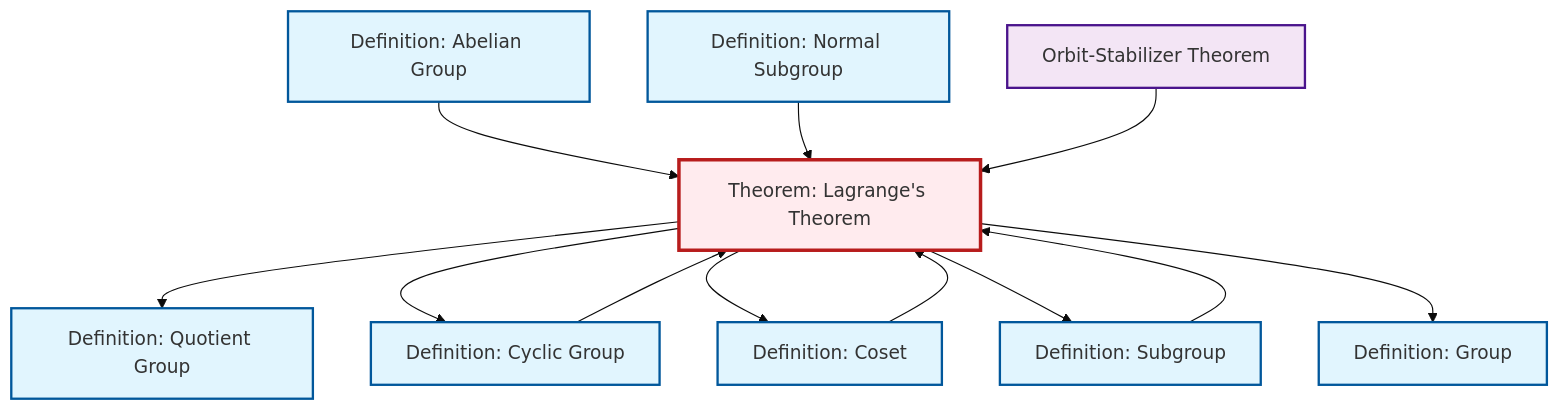
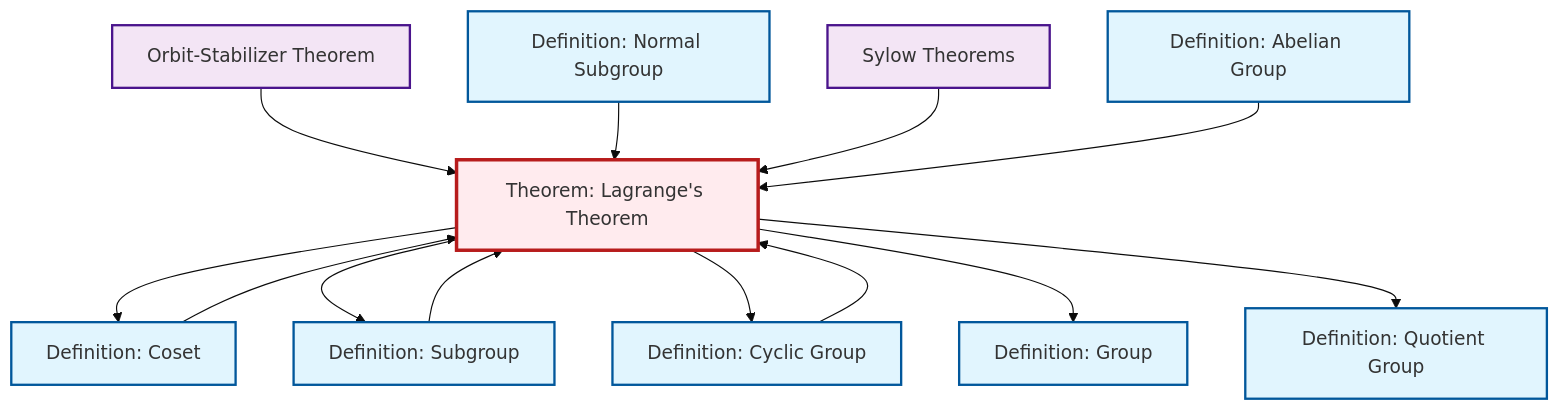
One commit to RK0429/ModernMath changed the diagram in content/ja/algebra/thm-lagrange.qmd. Above: the diagram before and after it, drawn with Mermaid (base theme). The commit also changed other lines of this file and 531 other files, not shown here.

First line of the commit message:
feat: Add Sylow Theorems with comprehensive cross-references

````diff
--- a/content/ja/algebra/thm-lagrange.qmd
+++ b/content/ja/algebra/thm-lagrange.qmd
@@ -52,38 +53,41 @@
 ```{mermaid}
 %%| fig-cap: "Local dependency graph"
 graph TD
     classDef definition fill:#e1f5fe,stroke:#01579b,stroke-width:2px
     classDef theorem fill:#f3e5f5,stroke:#4a148c,stroke-width:2px
     classDef axiom fill:#fff3e0,stroke:#e65100,stroke-width:2px
     classDef example fill:#e8f5e9,stroke:#1b5e20,stroke-width:2px
     classDef current fill:#ffebee,stroke:#b71c1c,stroke-width:3px
+    def-abelian-group["Definition: Abelian Group"]:::definition
+    def-cyclic-group["Definition: Cyclic Group"]:::definition
+    def-quotient-group["Definition: Quotient Group"]:::definition
+    thm-sylow["Sylow Theorems"]:::theorem
+    def-group["Definition: Group"]:::definition
+    thm-orbit-stabilizer["Orbit-Stabilizer Theorem"]:::theorem
     def-normal-subgroup["Definition: Normal Subgroup"]:::definition
-    thm-orbit-stabilizer["Orbit-Stabilizer Theorem"]:::theorem
+    def-subgroup["Definition: Subgroup"]:::definition
+    thm-lagrange["Theorem: Lagrange's Theorem"]:::theorem
     def-coset["Definition: Coset"]:::definition
-    thm-lagrange["Theorem: Lagrange's Theorem"]:::theorem
-    def-quotient-group["Definition: Quotient Group"]:::definition
-    def-cyclic-group["Definition: Cyclic Group"]:::definition
-    def-subgroup["Definition: Subgroup"]:::definition
-    def-group["Definition: Group"]:::definition
-    def-abelian-group["Definition: Abelian Group"]:::definition
-    thm-lagrange --> def-quotient-group
-    thm-lagrange --> def-cyclic-group
-    def-coset --> thm-lagrange
-    def-abelian-group --> thm-lagrange
-    def-cyclic-group --> thm-lagrange
+    thm-orbit-stabilizer --> thm-lagrange
     thm-lagrange --> def-coset
     thm-lagrange --> def-subgroup
+    def-cyclic-group --> thm-lagrange
+    thm-lagrange --> def-cyclic-group
+    thm-lagrange --> def-group
+    thm-lagrange --> def-quotient-group
+    def-coset --> thm-lagrange
     def-normal-subgroup --> thm-lagrange
-    thm-lagrange --> def-group
-    thm-orbit-stabilizer --> thm-lagrange
+    thm-sylow --> thm-lagrange
+    def-abelian-group --> thm-lagrange
     def-subgroup --> thm-lagrange
     class thm-lagrange current
+    click def-abelian-group "def-abelian-group.html" "Definition: Abelian Groupへ"
+    click def-cyclic-group "def-cyclic-group.html" "Definition: Cyclic Groupへ"
+    click def-quotient-group "def-quotient-group.html" "Definition: Quotient Groupへ"
+    click thm-sylow "thm-sylow.html" "Sylow Theoremsへ"
+    click def-group "def-group.html" "Definition: Groupへ"
+    click thm-orbit-stabilizer "thm-orbit-stabilizer.html" "Orbit-Stabilizer Theoremへ"
     click def-normal-subgroup "def-normal-subgroup.html" "Definition: Normal Subgroupへ"
-    click thm-orbit-stabilizer "thm-orbit-stabilizer.html" "Orbit-Stabilizer Theoremへ"
+    click def-subgroup "def-subgroup.html" "Definition: Subgroupへ"
     click def-coset "def-coset.html" "Definition: Cosetへ"
-    click def-quotient-group "def-quotient-group.html" "Definition: Quotient Groupへ"
-    click def-cyclic-group "def-cyclic-group.html" "Definition: Cyclic Groupへ"
-    click def-subgroup "def-subgroup.html" "Definition: Subgroupへ"
-    click def-group "def-group.html" "Definition: Groupへ"
-    click def-abelian-group "def-abelian-group.html" "Definition: Abelian Groupへ"
 ```
````
